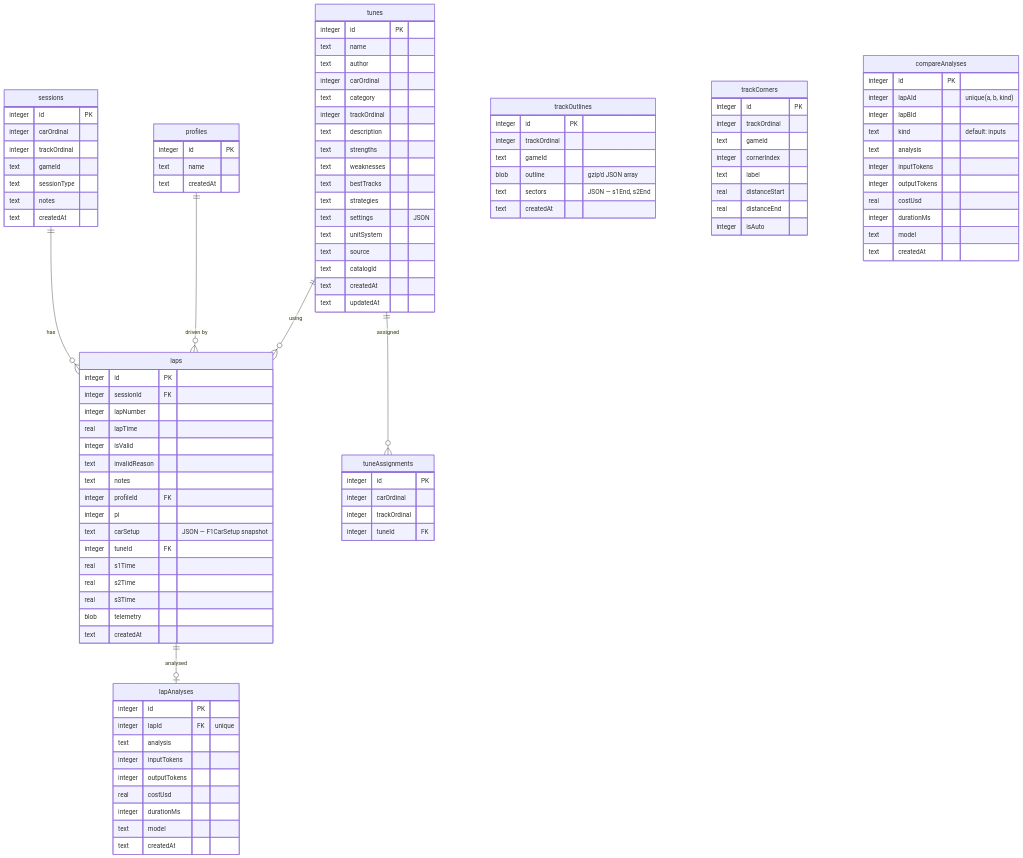
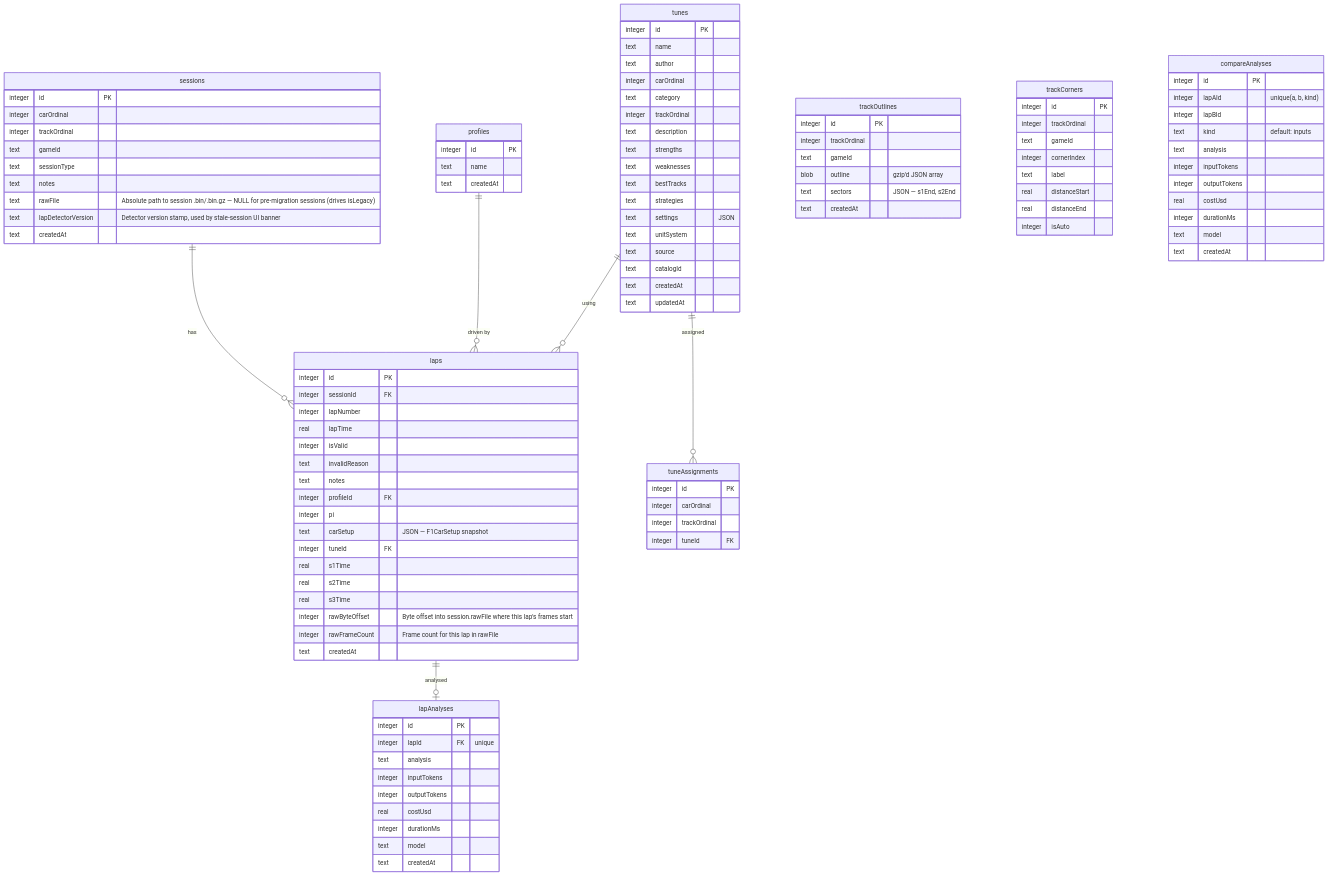
Before and after one commit to lokwaniyash/RaceIQ: the sixth of 12 diagrams in ARCHITECTURE.md, drawn with Mermaid. The commit also changed other lines of this file and 147 other files, not shown here.

First line of the commit message:
feat(storage): raw binary lap storage + session lifecycle maintenance (#61)

```diff
--- a/ARCHITECTURE.md
+++ b/ARCHITECTURE.md
@@ -384,6 +384,8 @@
         text gameId
         text sessionType
         text notes
+        text rawFile "Absolute path to session .bin/.bin.gz — NULL for pre-migration sessions (drives isLegacy)"
+        text lapDetectorVersion "Detector version stamp, used by stale-session UI banner"
         text createdAt
     }
 
@@ -402,7 +404,8 @@
         real s1Time
         real s2Time
         real s3Time
-        blob telemetry
+        integer rawByteOffset "Byte offset into session.rawFile where this lap's frames start"
+        integer rawFrameCount "Frame count for this lap in rawFile"
         text createdAt
     }
 
```
